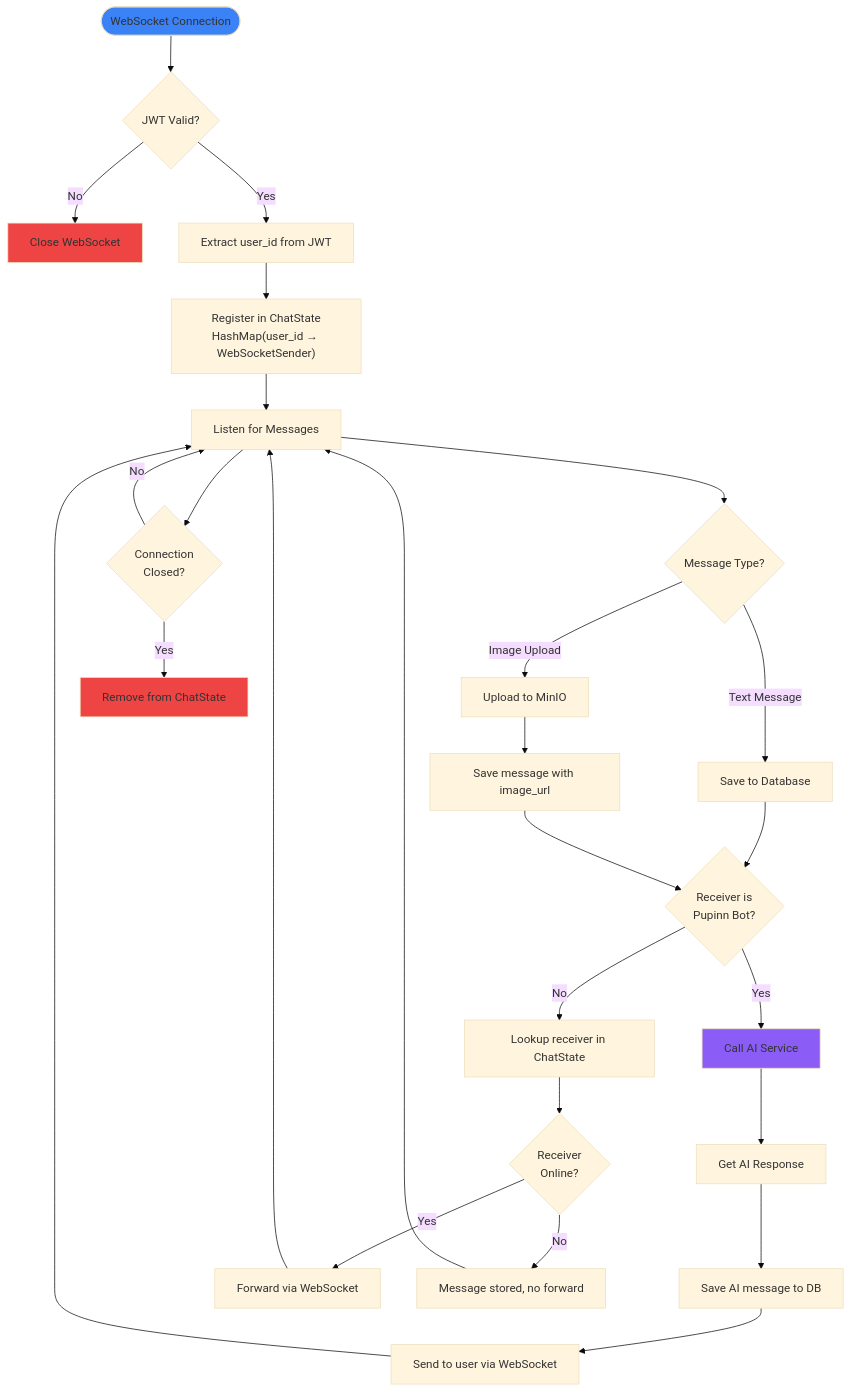
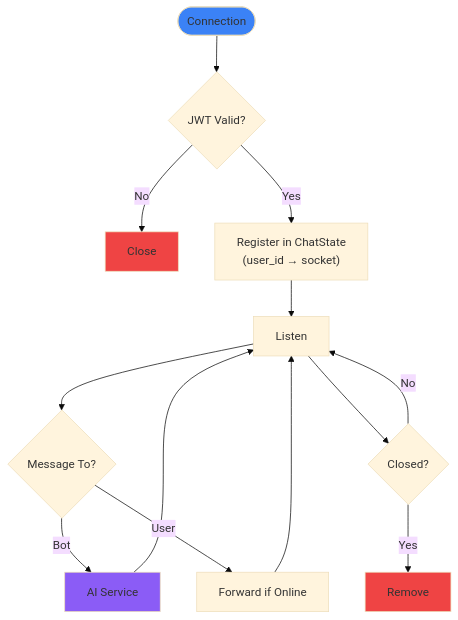
Before and after one commit to tadtd/pupinn: diagram 11 of 17 in data-flow.md, drawn with Mermaid (base theme). The commit also changed other lines of this file, not shown here.

Commit message:
chore: simple some data-flow due to the big size

````diff
--- a/data-flow.md
+++ b/data-flow.md
@@ -383,41 +369,23 @@
 ```mermaid
 flowchart TD
-    Start([WebSocket Connection]) --> Auth{JWT Valid?}
-    Auth -->|No| Reject[Close WebSocket]
-    Auth -->|Yes| Extract[Extract user_id from JWT]
-    Extract --> Register["Register in ChatState<br/>HashMap(user_id → WebSocketSender)"]
-    Register --> Listen[Listen for Messages]
+    Start([Connection]) --> Auth{JWT Valid?}
+    Auth -->|No| Reject[Close]
+    Auth -->|Yes| Register["Register in ChatState<br/>(user_id → socket)"]
+    Register --> Listen[Listen]
     
-    Listen --> MsgType{Message Type?}
+    Listen --> Route{Message To?}
+    Route -->|Bot| AI[AI Service]
+    Route -->|User| Forward[Forward if Online]
     
-    MsgType -->|Text Message| Save1[Save to Database]
-    MsgType -->|Image Upload| Upload[Upload to MinIO]
+    AI --> Listen
+    Forward --> Listen
     
-    Save1 --> CheckBot{Receiver is<br/>Pupinn Bot?}
-    Upload --> Save2[Save message with image_url]
-    Save2 --> CheckBot
-    
-    CheckBot -->|Yes| CallAI[Call AI Service]
-    CheckBot -->|No| Lookup[Lookup receiver in ChatState]
-    
-    CallAI --> AIResp[Get AI Response]
-    AIResp --> SaveAI[Save AI message to DB]
-    SaveAI --> Forward1[Send to user via WebSocket]
-    
-    Lookup --> Online{Receiver<br/>Online?}
-    Online -->|Yes| Forward2[Forward via WebSocket]
-    Online -->|No| Skip[Message stored, no forward]
-    
-    Forward1 --> Listen
-    Forward2 --> Listen
-    Skip --> Listen
-    
-    Listen --> Disconnect{Connection<br/>Closed?}
-    Disconnect -->|Yes| Cleanup[Remove from ChatState]
+    Listen --> Disconnect{Closed?}
+    Disconnect -->|Yes| Cleanup[Remove]
     Disconnect -->|No| Listen
     
     style Start fill:#3b82f6
-    style CallAI fill:#8b5cf6
+    style AI fill:#8b5cf6
     style Cleanup fill:#ef4444
     style Reject fill:#ef4444
 ```
````
